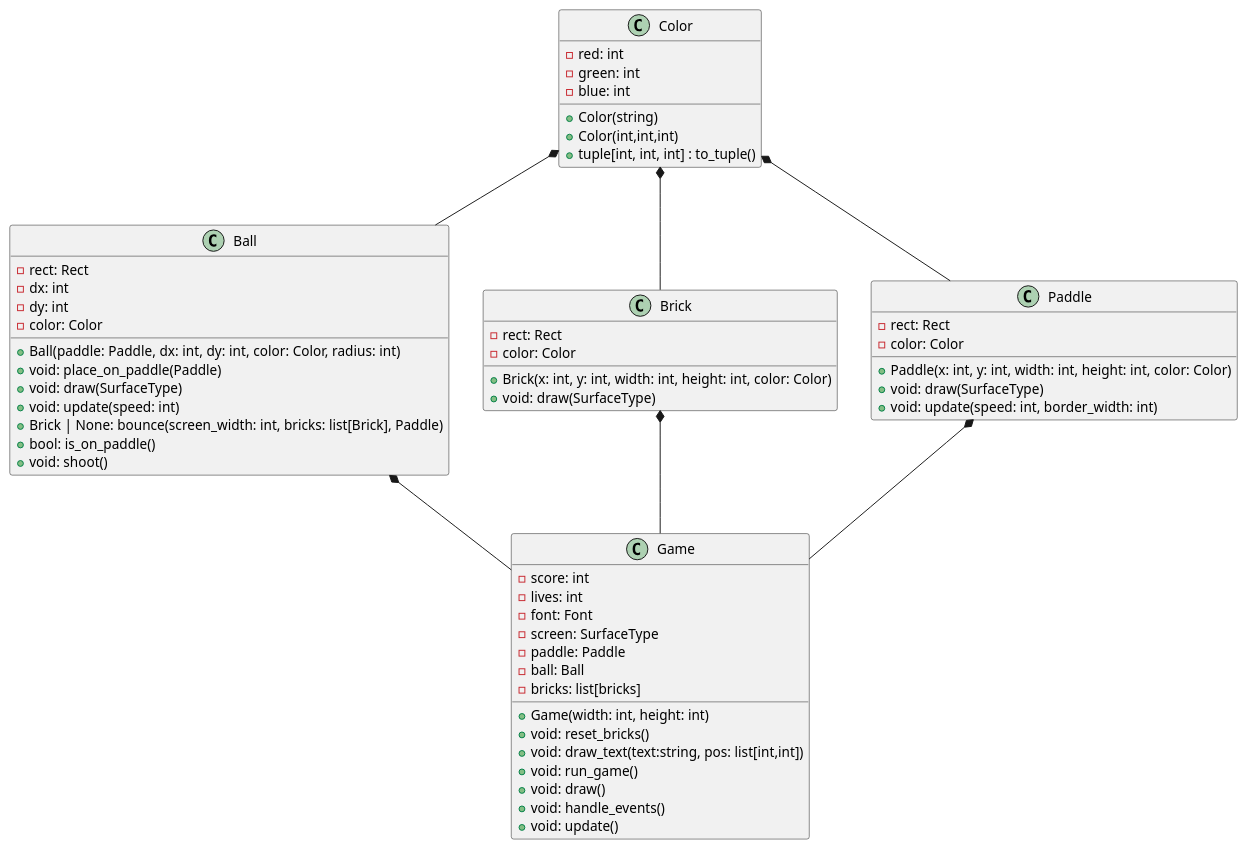
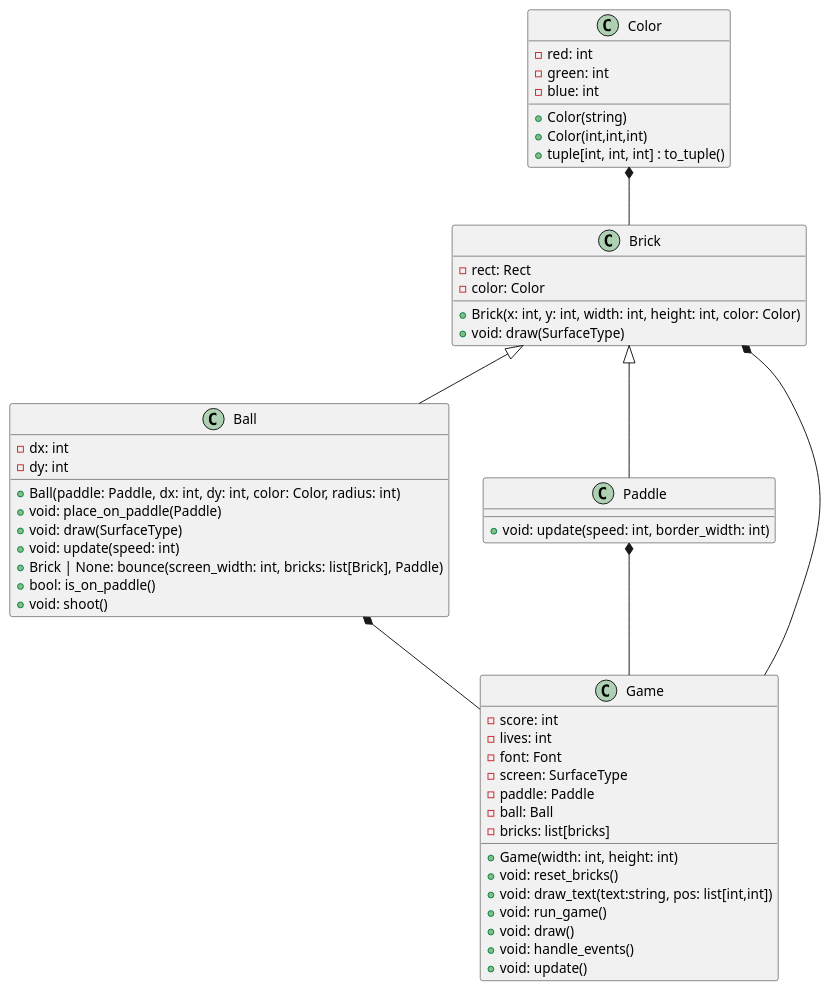
The diagram in class_diagram.puml (CodingChem/Breakout), drawn with PlantUML before and after one commit. The commit also changed 2 other files, not shown here.

Commit message:
refactored ball and paddle to inherit from brick.

```diff
--- a/class_diagram.puml
+++ b/class_diagram.puml
@@ -1,59 +1,53 @@
 @startuml class diagram
 class Ball {
-    - rect: Rect
     - dx: int
     - dy: int
-    - color: Color
     + Ball(paddle: Paddle, dx: int, dy: int, color: Color, radius: int)
     + void: place_on_paddle(Paddle)
     + void: draw(SurfaceType)
     + void: update(speed: int)
     + Brick | None: bounce(screen_width: int, bricks: list[Brick], Paddle)
     + bool: is_on_paddle()
     + void: shoot()
 }
 class Brick {
     - rect: Rect
     - color: Color
     + Brick(x: int, y: int, width: int, height: int, color: Color)
     + void: draw(SurfaceType)
 }
 class Paddle {
-    - rect: Rect
-    - color: Color
-    + Paddle(x: int, y: int, width: int, height: int, color: Color)
-    + void: draw(SurfaceType)
     + void: update(speed: int, border_width: int)
 }
 class Game {
     - score: int
     - lives: int
     - font: Font
     - screen: SurfaceType
     - paddle: Paddle
     - ball: Ball
     - bricks: list[bricks]
     + Game(width: int, height: int)
     + void: reset_bricks()
     + void: draw_text(text:string, pos: list[int,int])
     + void: run_game()
     + void: draw()
     + void: handle_events()
     + void: update()
 }
 class Color {
     - red: int
     - green: int
     - blue: int
     + Color(string)
     + Color(int,int,int)
     + tuple[int, int, int] : to_tuple()
 }
 
-Color *-- Ball
-Color *-- Paddle
 Color *-- Brick
+Brick <|-- Ball
+Brick <|-- Paddle
 Ball *-- Game
 Paddle *-- Game
 Brick *-- Game
 @enduml
```
